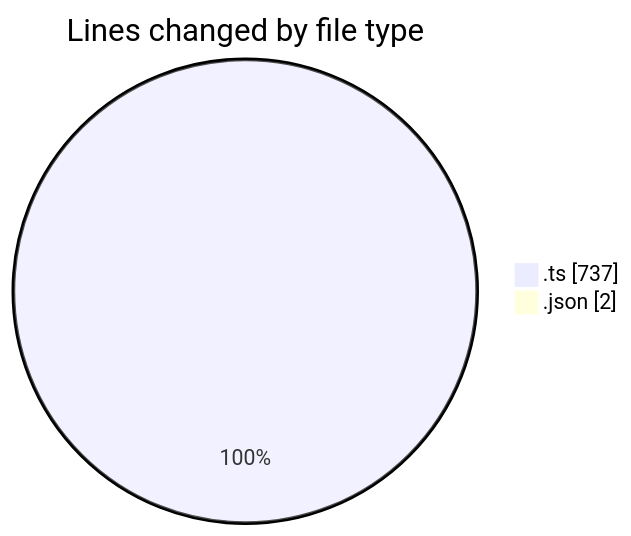
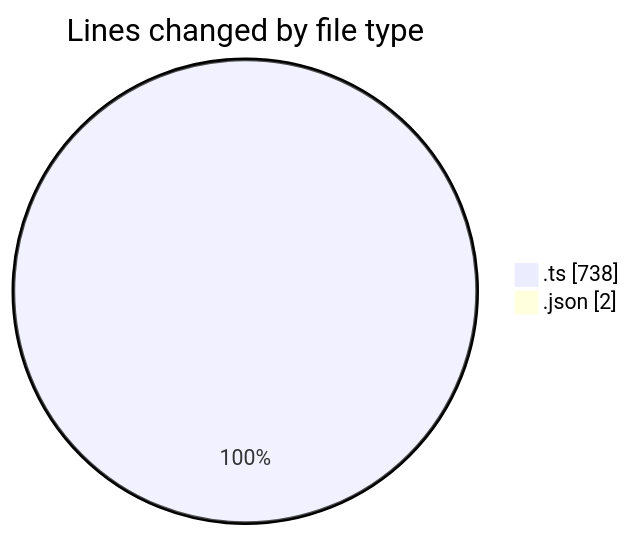
The first of 2 diagrams in 2026-02-03/singularitybrainai/README.md (tmsrecording-cyber/code-tracking), drawn with Mermaid before and after one commit. The commit also changed other lines of this file and 1 other file, not shown here.

````diff
--- a/2026-02-03/singularitybrainai/README.md
+++ b/2026-02-03/singularitybrainai/README.md
@@ -22,6 +22,6 @@
 ```mermaid
 pie showData
 title Lines changed by file type
-".ts" : 737
+".ts" : 738
 ".json" : 2
 ```
````
